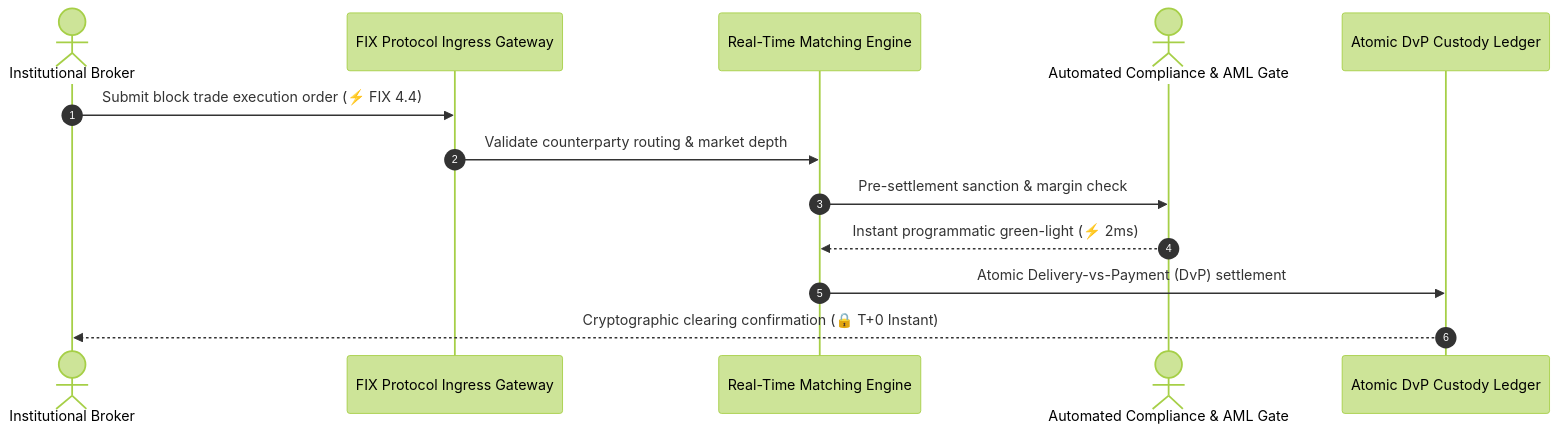
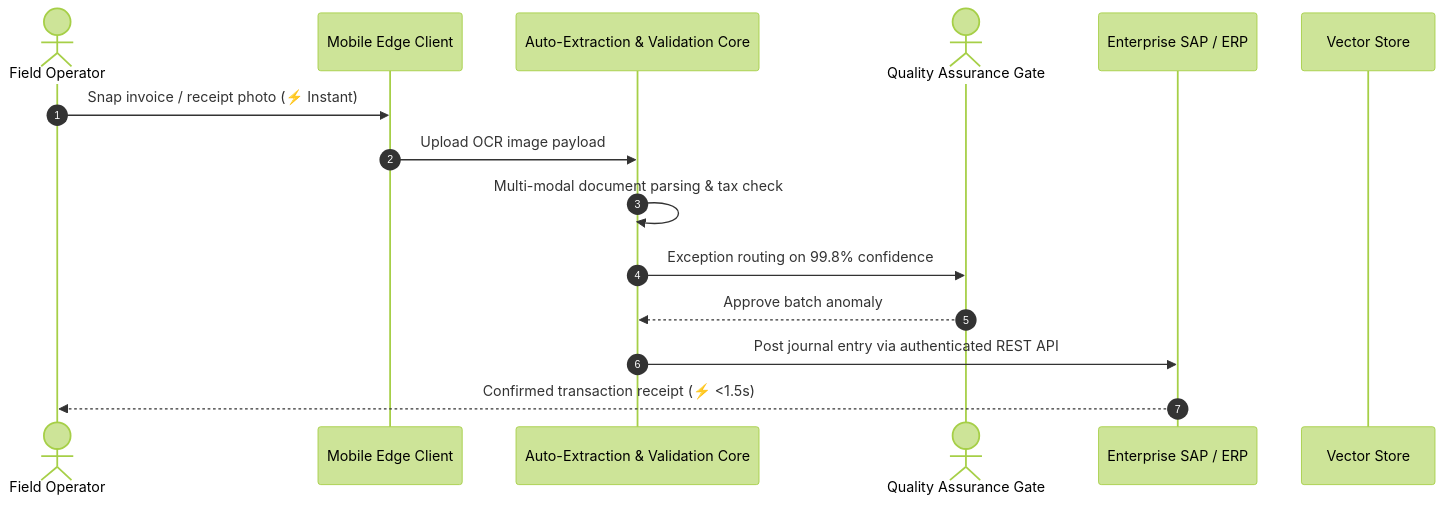
One commit to EvolveMinds/codeforge-ai-vscode changed the diagram in docs/WORKFLOW_TOPOLOGY.md. Above: the diagram before and after it, drawn with Mermaid (forest theme). The commit also changed 5 other files, not shown here.

Commit message:
feat: executive color palette overhaul for Phase 1 workflow topology and Phase 2 schema cosmos

````diff
--- a/docs/WORKFLOW_TOPOLOGY.md
+++ b/docs/WORKFLOW_TOPOLOGY.md
@@ -3,15 +3,17 @@
 ```mermaid
 sequenceDiagram
     autonumber
-    actor Broker as Institutional Broker
-    participant FIXGw as FIX Protocol Ingress Gateway
-    participant MatchCore as Real-Time Matching Engine
-    actor Compliance as Automated Compliance & AML Gate
-    participant DLTStore as Atomic DvP Custody Ledger
-    Broker->>FIXGw: Submit block trade execution order (⚡ FIX 4.4)
-    FIXGw->>MatchCore: Validate counterparty routing & market depth
-    MatchCore->>Compliance: Pre-settlement sanction & margin check
-    Compliance-->>MatchCore: Instant programmatic green-light (⚡ 2ms)
-    MatchCore->>DLTStore: Atomic Delivery-vs-Payment (DvP) settlement
-    DLTStore-->>Broker: Cryptographic clearing confirmation (🔒 T+0 Instant)
+    actor Operator as Field Operator
+    participant EdgeApp as Mobile Edge Client
+    participant AICore as Auto-Extraction & Validation Core
+    actor Reviewer as Quality Assurance Gate
+    participant ERP as Enterprise SAP / ERP
+    participant VectorStore as Vector Store
+    Operator->>EdgeApp: Snap invoice / receipt photo (⚡ Instant)
+    EdgeApp->>AICore: Upload OCR image payload
+    AICore->>AICore: Multi-modal document parsing & tax check
+    AICore->>Reviewer: Exception routing on 99.8% confidence
+    Reviewer-->>AICore: Approve batch anomaly
+    AICore->>ERP: Post journal entry via authenticated REST API
+    ERP-->>Operator: Confirmed transaction receipt (⚡ <1.5s)
 ```
````
